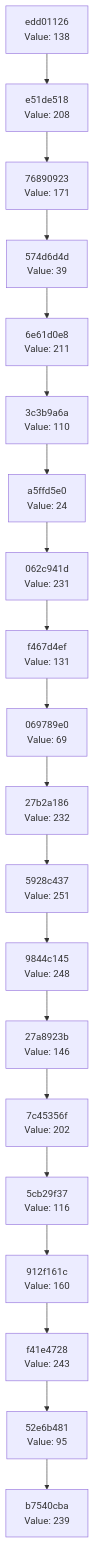
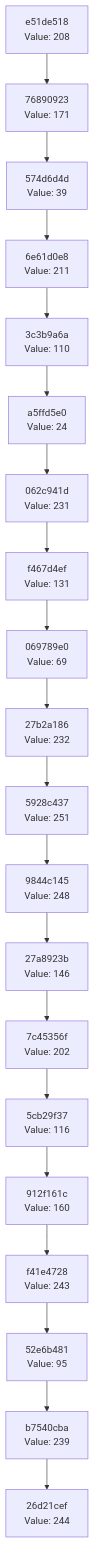
Before and after one commit to Abhisheksinha1506/hash-chain-evolver: the diagram in docs/CHAIN_VISUALIZATION.md, drawn with Mermaid. The commit also changed 3 other files, not shown here.

````diff
--- a/docs/CHAIN_VISUALIZATION.md
+++ b/docs/CHAIN_VISUALIZATION.md
@@ -3,42 +3,42 @@
 ```mermaid
 graph TD
-    C0["b7540cba<br/>Value: 239"]
-    C1["52e6b481<br/>Value: 95"]
+    C0["26d21cef<br/>Value: 244"]
+    C1["b7540cba<br/>Value: 239"]
     C1 --> C0
-    C2["f41e4728<br/>Value: 243"]
+    C2["52e6b481<br/>Value: 95"]
     C2 --> C1
-    C3["912f161c<br/>Value: 160"]
+    C3["f41e4728<br/>Value: 243"]
     C3 --> C2
-    C4["5cb29f37<br/>Value: 116"]
+    C4["912f161c<br/>Value: 160"]
     C4 --> C3
-    C5["7c45356f<br/>Value: 202"]
+    C5["5cb29f37<br/>Value: 116"]
     C5 --> C4
-    C6["27a8923b<br/>Value: 146"]
+    C6["7c45356f<br/>Value: 202"]
     C6 --> C5
-    C7["9844c145<br/>Value: 248"]
+    C7["27a8923b<br/>Value: 146"]
     C7 --> C6
-    C8["5928c437<br/>Value: 251"]
+    C8["9844c145<br/>Value: 248"]
     C8 --> C7
-    C9["27b2a186<br/>Value: 232"]
+    C9["5928c437<br/>Value: 251"]
     C9 --> C8
-    C10["069789e0<br/>Value: 69"]
+    C10["27b2a186<br/>Value: 232"]
     C10 --> C9
-    C11["f467d4ef<br/>Value: 131"]
+    C11["069789e0<br/>Value: 69"]
     C11 --> C10
-    C12["062c941d<br/>Value: 231"]
+    C12["f467d4ef<br/>Value: 131"]
     C12 --> C11
-    C13["a5ffd5e0<br/>Value: 24"]
+    C13["062c941d<br/>Value: 231"]
     C13 --> C12
-    C14["3c3b9a6a<br/>Value: 110"]
+    C14["a5ffd5e0<br/>Value: 24"]
     C14 --> C13
-    C15["6e61d0e8<br/>Value: 211"]
+    C15["3c3b9a6a<br/>Value: 110"]
     C15 --> C14
-    C16["574d6d4d<br/>Value: 39"]
+    C16["6e61d0e8<br/>Value: 211"]
     C16 --> C15
-    C17["76890923<br/>Value: 171"]
+    C17["574d6d4d<br/>Value: 39"]
     C17 --> C16
-    C18["e51de518<br/>Value: 208"]
+    C18["76890923<br/>Value: 171"]
     C18 --> C17
-    C19["edd01126<br/>Value: 138"]
+    C19["e51de518<br/>Value: 208"]
     C19 --> C18
 ```
````
